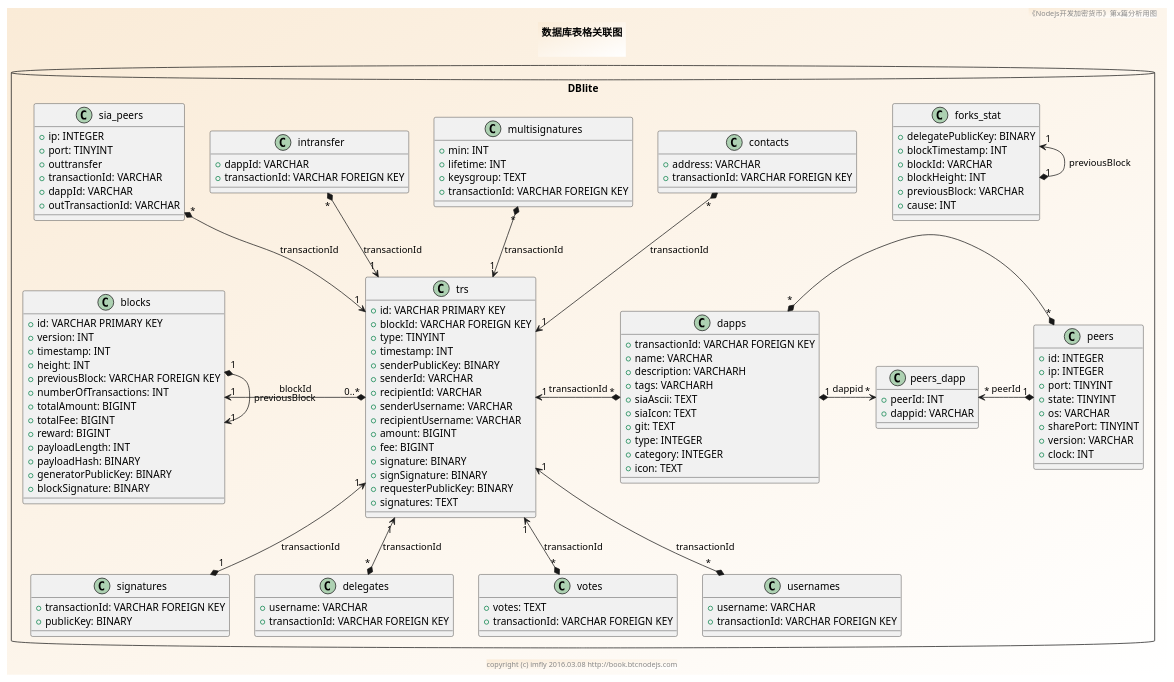
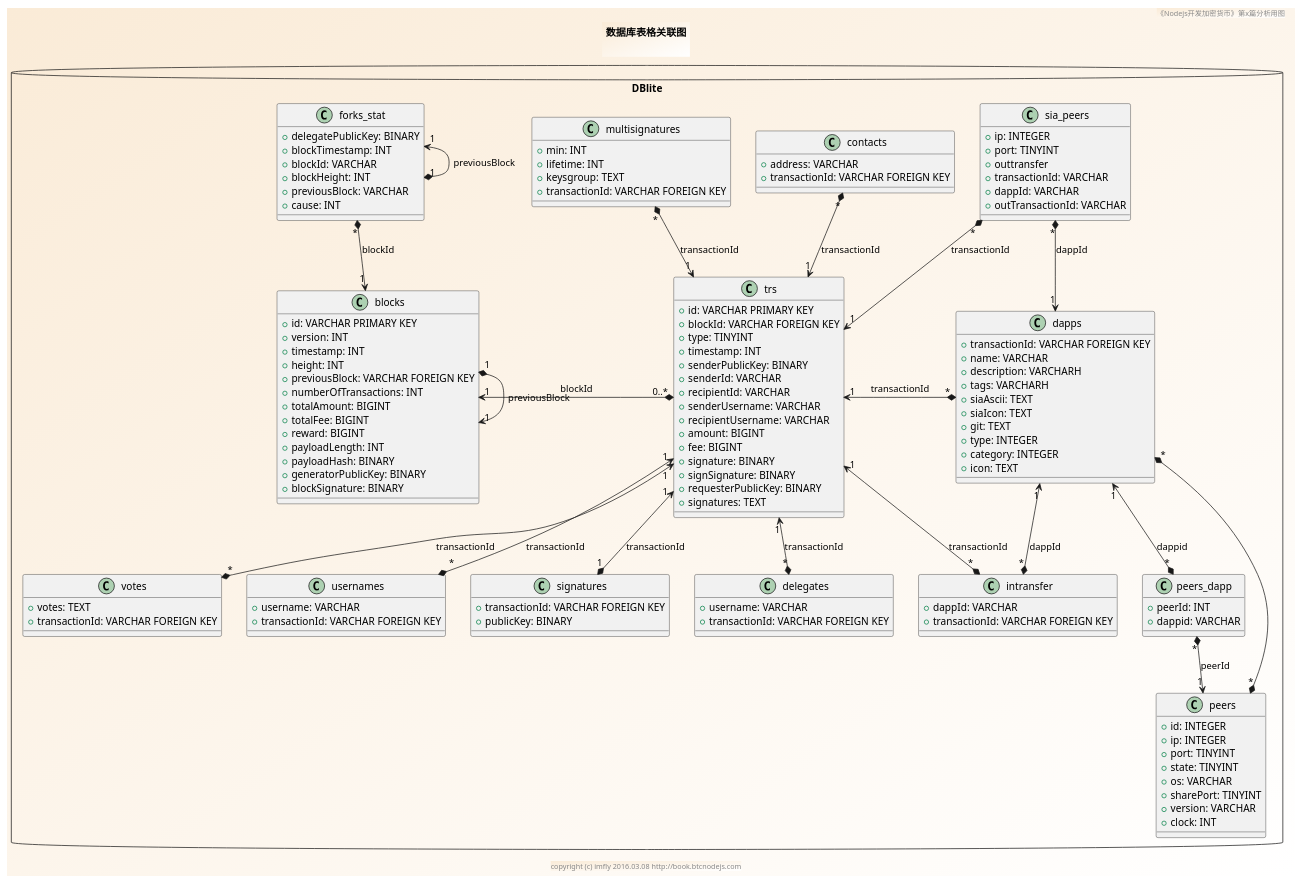
The diagram in sources/helpers/dblite/database.pu (brightmanforever022/bitcoin-on-nodejs), drawn with PlantUML before and after one commit. The commit also changed 7 other files, not shown here.

```diff
--- a/sources/helpers/dblite/database.pu
+++ b/sources/helpers/dblite/database.pu
@@ -1,149 +1,152 @@
 @startuml ../../../styles/images/helpers/dblite/class.png
 skinparam BorderColor #blue\9932CC
 skinparam backgroundcolor AntiqueWhite/white
 
 title
 数据库表格关联图
 
 end title
 footer copyright (c) imfly 2016.03.08 http://book.btcnodejs.com
 header 《Nodejs开发加密货币》第x篇分析用图
 
 ' modules/Peer.js
 package DBlite <<Database>> {
   Class blocks {
     + id: VARCHAR PRIMARY KEY
     + version: INT
     + timestamp: INT
     + height: INT
     + previousBlock: VARCHAR FOREIGN KEY
     + numberOfTransactions: INT
     + totalAmount: BIGINT
     + totalFee: BIGINT
     + reward: BIGINT
     + payloadLength: INT
     + payloadHash: BINARY
     + generatorPublicKey: BINARY
     + blockSignature: BINARY
   }
 
   Class trs {
     +id: VARCHAR PRIMARY KEY
     +blockId: VARCHAR FOREIGN KEY
     +type: TINYINT
     +timestamp: INT
     +senderPublicKey: BINARY
     +senderId: VARCHAR
     +recipientId: VARCHAR
     +senderUsername: VARCHAR
     +recipientUsername: VARCHAR
     +amount: BIGINT
     +fee: BIGINT
     +signature: BINARY
     +signSignature: BINARY
     +requesterPublicKey: BINARY
     +signatures: TEXT
   }
 
   Class signatures {
     +transactionId: VARCHAR FOREIGN KEY
     +publicKey: BINARY
   }
 
   Class delegates {
     +username: VARCHAR
     +transactionId: VARCHAR FOREIGN KEY
   }
 
   Class votes {
     +votes: TEXT
     +transactionId: VARCHAR FOREIGN KEY
   }
 
   Class usernames {
     +username: VARCHAR
     +transactionId: VARCHAR FOREIGN KEY
   }
 
   Class contacts{
     +address: VARCHAR
     +transactionId: VARCHAR FOREIGN KEY
   }
 
   Class forks_stat {
     +delegatePublicKey: BINARY
     +blockTimestamp: INT
     +blockId: VARCHAR
     +blockHeight: INT
     +previousBlock: VARCHAR
     +cause: INT
   }
 
   Class multisignatures{
     +min: INT
     +lifetime: INT
     +keysgroup: TEXT
     +transactionId: VARCHAR FOREIGN KEY
   }
 
   Class dapps{
     +transactionId: VARCHAR FOREIGN KEY
     +name: VARCHAR
     +description: VARCHARH
     +tags: VARCHARH
     +siaAscii: TEXT
     +siaIcon: TEXT
     +git: TEXT
     +type: INTEGER
     +category: INTEGER
     +icon: TEXT
   }
 
   Class intransfer{
     +dappId: VARCHAR
     +transactionId: VARCHAR FOREIGN KEY
   }
 
   Class sia_peers{
     +ip: INTEGER
     +port: TINYINT
     +outtransfer
     +transactionId: VARCHAR
     +dappId: VARCHAR
     +outTransactionId: VARCHAR
   }
 
   Class peers{
     +id: INTEGER
     +ip: INTEGER
     +port: TINYINT
     +state: TINYINT
     +os: VARCHAR
     +sharePort: TINYINT
     +version: VARCHAR
     +clock: INT
   }
 
   Class peers_dapp{
     +peerId: INT
     +dappid: VARCHAR
   }
 
   ' relationship
     blocks "1" *-> "1" blocks: previousBlock
     trs "0..*" *-left-> "1" blocks: blockId
+    forks_stat "*" *-down-> "1" blocks: blockId
+    forks_stat "1" *-up-> "1" forks_stat: previousBlock
     signatures "1" *-up-> "1" trs: transactionId
-    forks_stat "1" *-up-> "1" forks_stat: previousBlock
     delegates "*" *-up-> "1" trs: transactionId
     votes "*" *-up-> "1" trs: transactionId
     usernames "*" *-up-> "1" trs: transactionId
     contacts "*" *-down-> "1" trs: transactionId
     multisignatures "*" *-down-> "1" trs: transactionId
     dapps "*" *-left-> "1" trs: transactionId
     intransfer "*" *-down-> "1" trs: transactionId
     sia_peers  "*" *-down-> "1" trs: transactionId
-    peers "1" *-left-> "*" peers_dapp: peerId
-    dapps "1" *-right-> "*" peers_dapp: dappid
+    intransfer "*" *-up-> "1" dapps: dappId
+    sia_peers  "*" *-down-> "1" dapps: dappId
+    peers "1" <-up-* "*" peers_dapp: peerId
+    dapps "1" <-down-* "*" peers_dapp: dappid
     peers "*" *-left-* "*" dapps
 }
 @enduml
```
